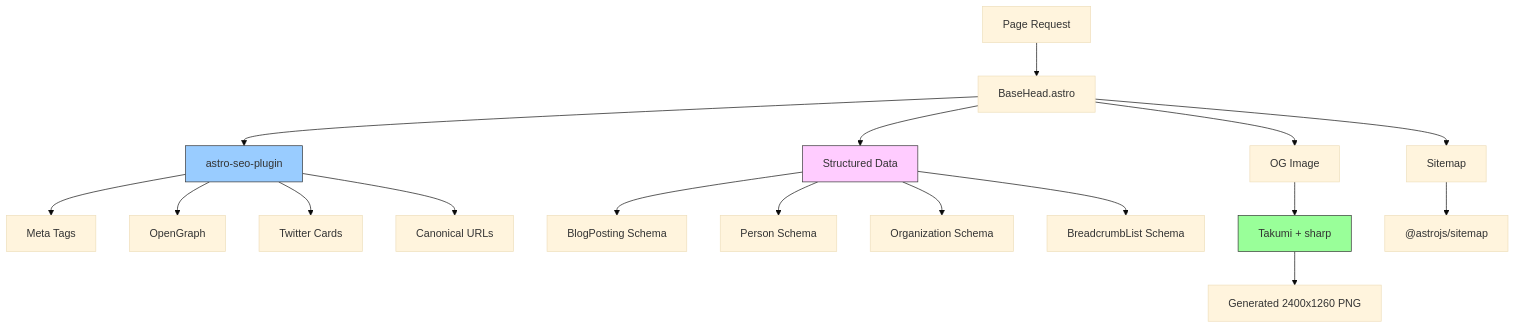
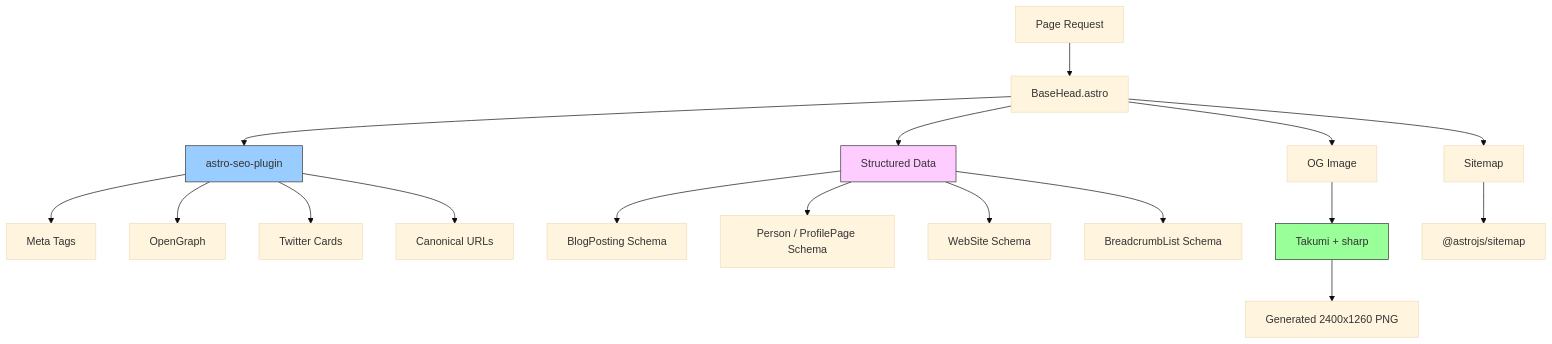
One commit to russmckendrick/blog changed the diagram in docs/architecture/seo-implementation.md. Above: the diagram before and after it, drawn with Mermaid (base theme). The commit also changed other lines of this file and 22 other files, not shown here.

````diff
--- a/docs/architecture/seo-implementation.md
+++ b/docs/architecture/seo-implementation.md
@@ -11,26 +11,26 @@
 ```mermaid
 graph TD
     A[Page Request] --> B[BaseHead.astro]
     B --> C[astro-seo-plugin]
     C --> D[Meta Tags]
     C --> E[OpenGraph]
     C --> F[Twitter Cards]
     C --> G[Canonical URLs]
 
     B --> H[Structured Data]
     H --> I[BlogPosting Schema]
-    H --> J[Person Schema]
-    H --> K[Organization Schema]
+    H --> J[Person / ProfilePage Schema]
+    H --> K[WebSite Schema]
     H --> L[BreadcrumbList Schema]
 
     B --> M[OG Image]
     M --> N[Takumi + sharp]
     N --> O["Generated 2400x1260 PNG"]
 
     B --> P[Sitemap]
     P --> Q["@astrojs/sitemap"]
 
     style C fill:#9cf,stroke:#333
     style H fill:#fcf,stroke:#333
     style N fill:#9f9,stroke:#333
 ```
````
